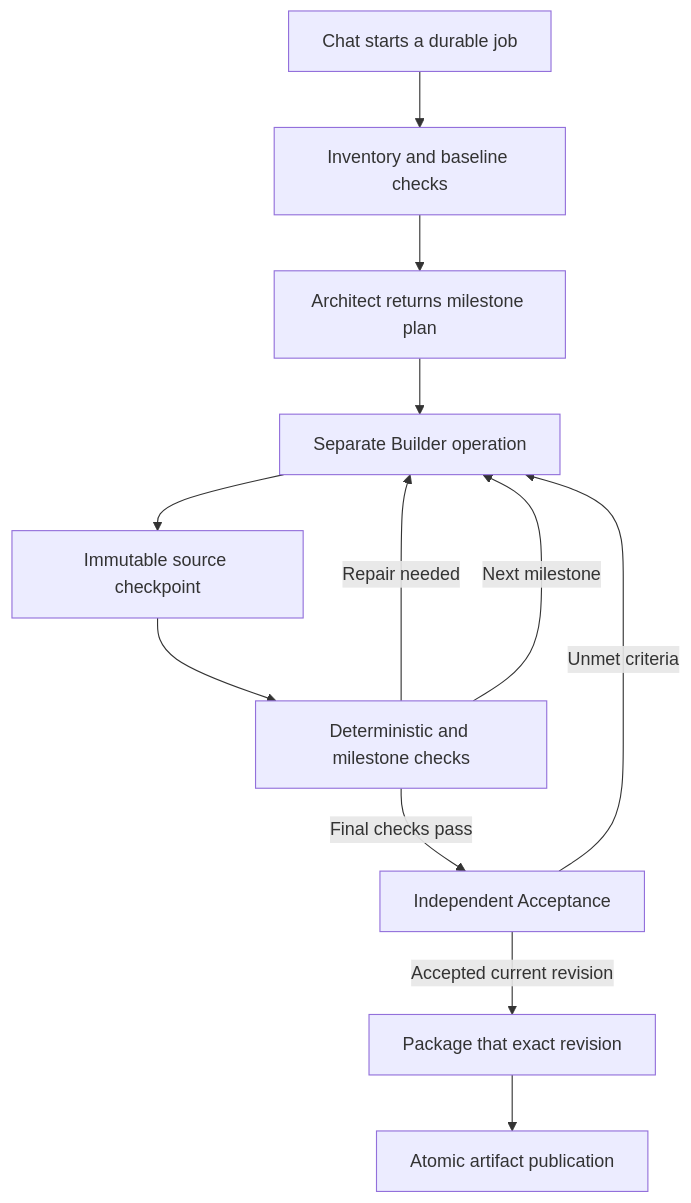
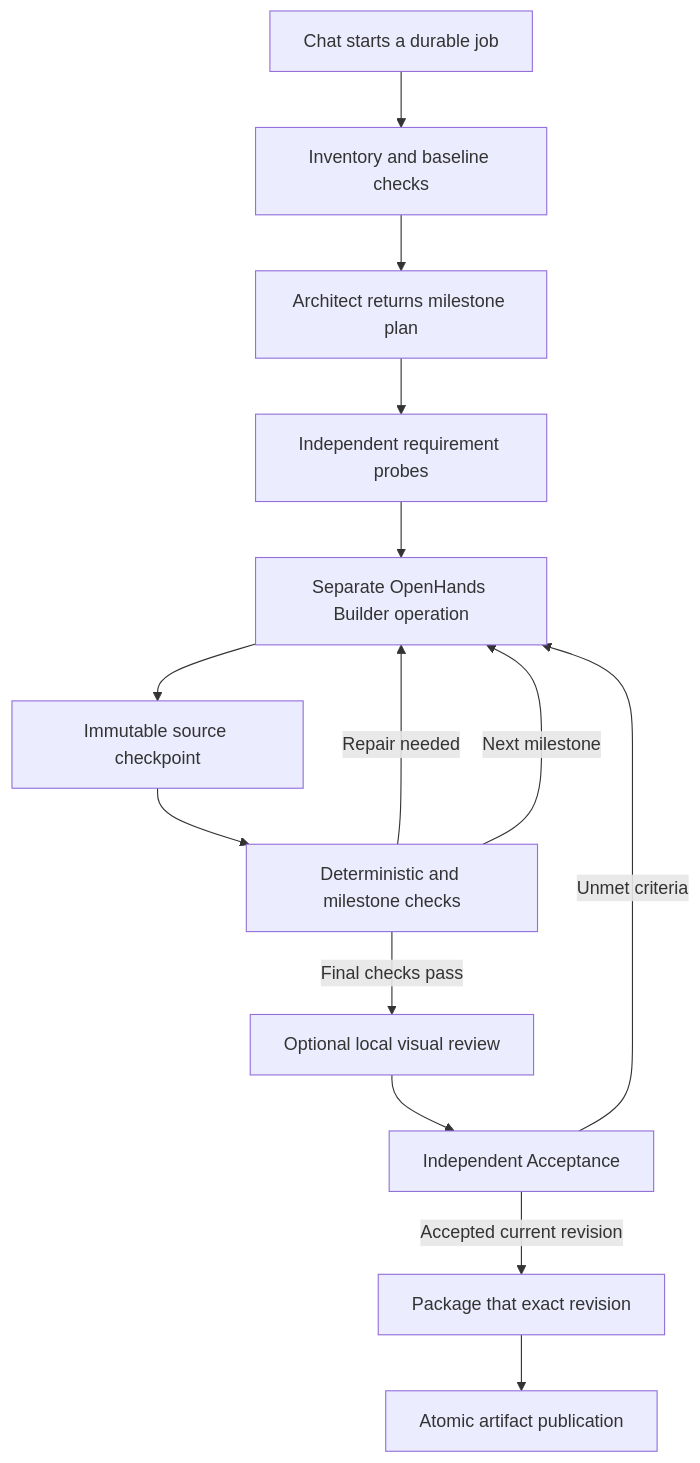
The diagram in docs/daedalus-workflows.md (eefernet/hyprchat), drawn with Mermaid before and after one commit. The commit also changed other lines of this file and 103 other files, not shown here.

````diff
--- a/docs/daedalus-workflows.md
+++ b/docs/daedalus-workflows.md
@@ -37,14 +141,16 @@
 ```mermaid
 flowchart TD
     A[Chat starts a durable job] --> B[Inventory and baseline checks]
     B --> C[Architect returns milestone plan]
-    C --> D[Separate Builder operation]
+    C --> V[Independent requirement probes]
+    V --> D[Separate OpenHands Builder operation]
     D --> E[Immutable source checkpoint]
     E --> F[Deterministic and milestone checks]
     F -->|Repair needed| D
     F -->|Next milestone| D
-    F -->|Final checks pass| G[Independent Acceptance]
+    F -->|Final checks pass| W[Optional local visual review]
+    W --> G[Independent Acceptance]
     G -->|Unmet criteria| D
     G -->|Accepted current revision| H[Package that exact revision]
     H --> I[Atomic artifact publication]
 ```
````
